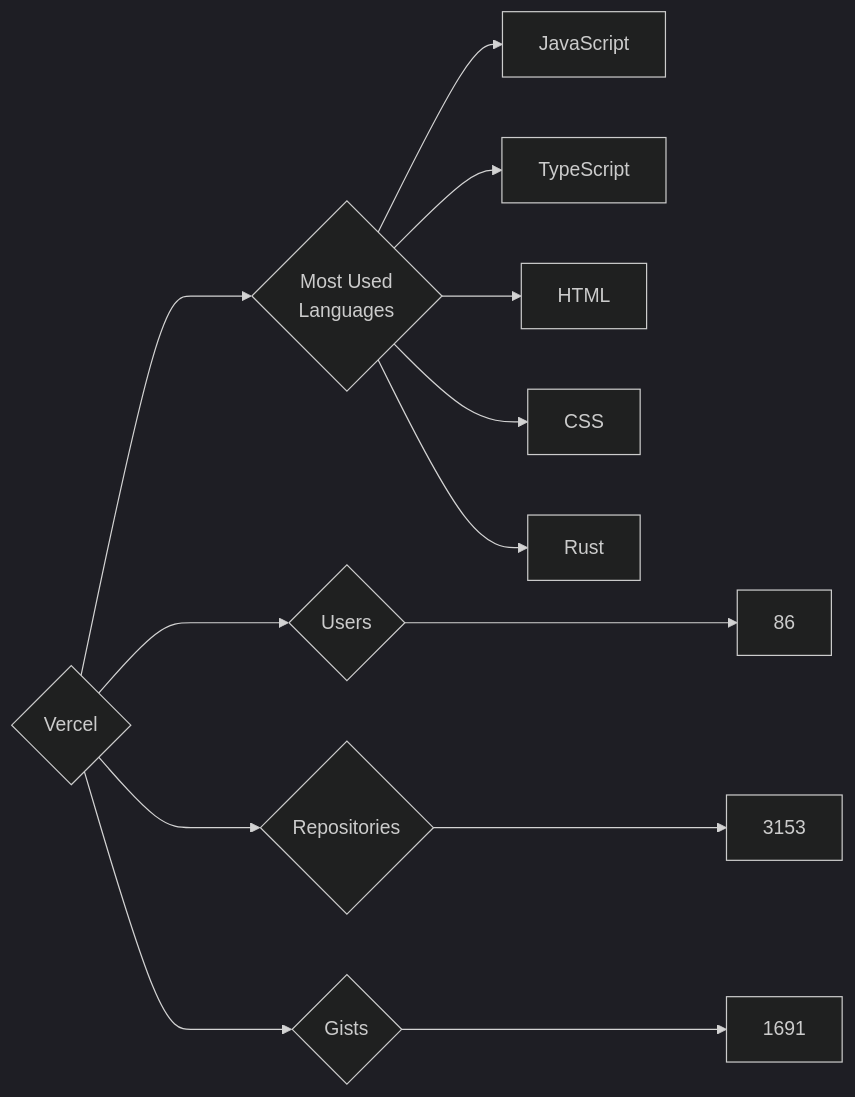
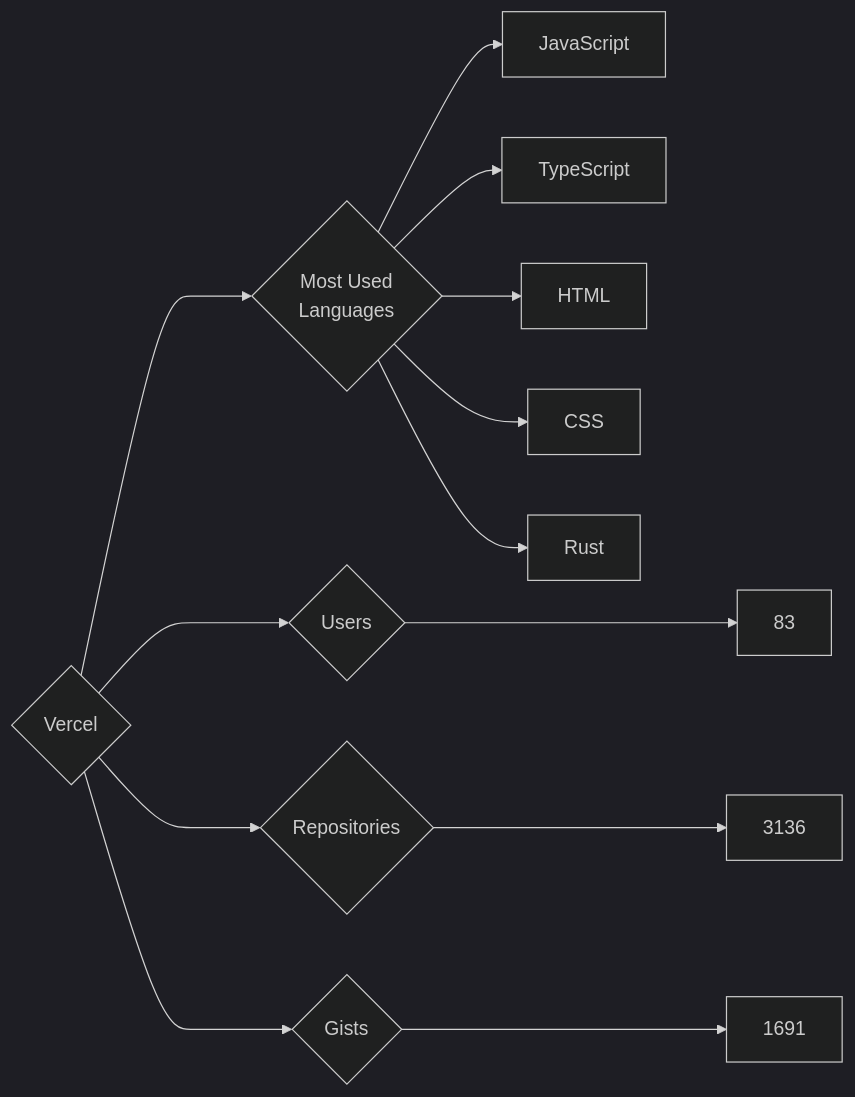
The diagram in targets/Vercel/README.md (trickest/insiders), drawn with Mermaid (dark theme) before and after one commit. The commit also changed 1248 other files, not shown here.

````diff
--- a/targets/Vercel/README.md
+++ b/targets/Vercel/README.md
@@ -3,13 +3,13 @@
 ```mermaid
 graph LR
 COMPANY_NAME{Vercel}
-COMPANY_NAME ---> U{Users} ---> UN[86]
-COMPANY_NAME ---> R{Repositories} ---> RN[3153]
+COMPANY_NAME ---> U{Users} ---> UN[83]
+COMPANY_NAME ---> R{Repositories} ---> RN[3136]
 COMPANY_NAME ---> G{Gists} ---> GN[1691]
 COMPANY_NAME ---> ML{Most Used<br>Languages}
 ML --> JavaScript[JavaScript]
 ML --> TypeScript[TypeScript]
 ML --> HTML[HTML]
 ML --> CSS[CSS]
 ML --> Rust[Rust]
 ```
````
